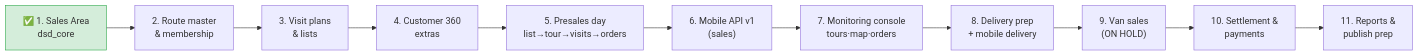
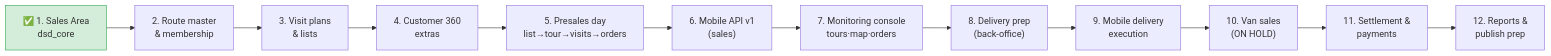
Before and after one commit to omidcsh/odoo-dsd: the diagram in docs/issues/01-implementation-plan.md, drawn with Mermaid. The commit also changed other lines of this file and 1 other file, not shown here.

Commit message:
docs: step-8 v3 — BACK-OFFICE ONLY per user (mobile execution moved to new step 9); roadmap 12 steps

````diff
--- a/docs/issues/01-implementation-plan.md
+++ b/docs/issues/01-implementation-plan.md
@@ -57,16 +57,17 @@
 ```mermaid
 flowchart LR
     S1["✅ 1. Sales Area<br/>dsd_core"]
     S2["2. Route master<br/>& membership"]
     S3["3. Visit plans<br/>& lists"]
     S4["4. Customer 360<br/>extras"]
     S5["5. Presales day<br/>list→tour→visits→orders"]
     S6["6. Mobile API v1<br/>(sales)"]
     S7["7. Monitoring console<br/>tours·map·orders"]
-    S8["8. Delivery prep<br/>+ mobile delivery"]
-    S9["9. Van sales<br/>(ON HOLD)"]
-    S10["10. Settlement &<br/>payments"]
-    S11["11. Reports &<br/>publish prep"]
-    S1 --> S2 --> S3 --> S4 --> S5 --> S6 --> S7 --> S8 --> S9 --> S10 --> S11
+    S8["8. Delivery prep<br/>(back-office)"]
+    S9["9. Mobile delivery<br/>execution"]
+    S10["10. Van sales<br/>(ON HOLD)"]
+    S11["11. Settlement &<br/>payments"]
+    S12["12. Reports &<br/>publish prep"]
+    S1 --> S2 --> S3 --> S4 --> S5 --> S6 --> S7 --> S8 --> S9 --> S10 --> S11 --> S12
     style S1 fill:#d4edda,stroke:#28a745
 ```
````
